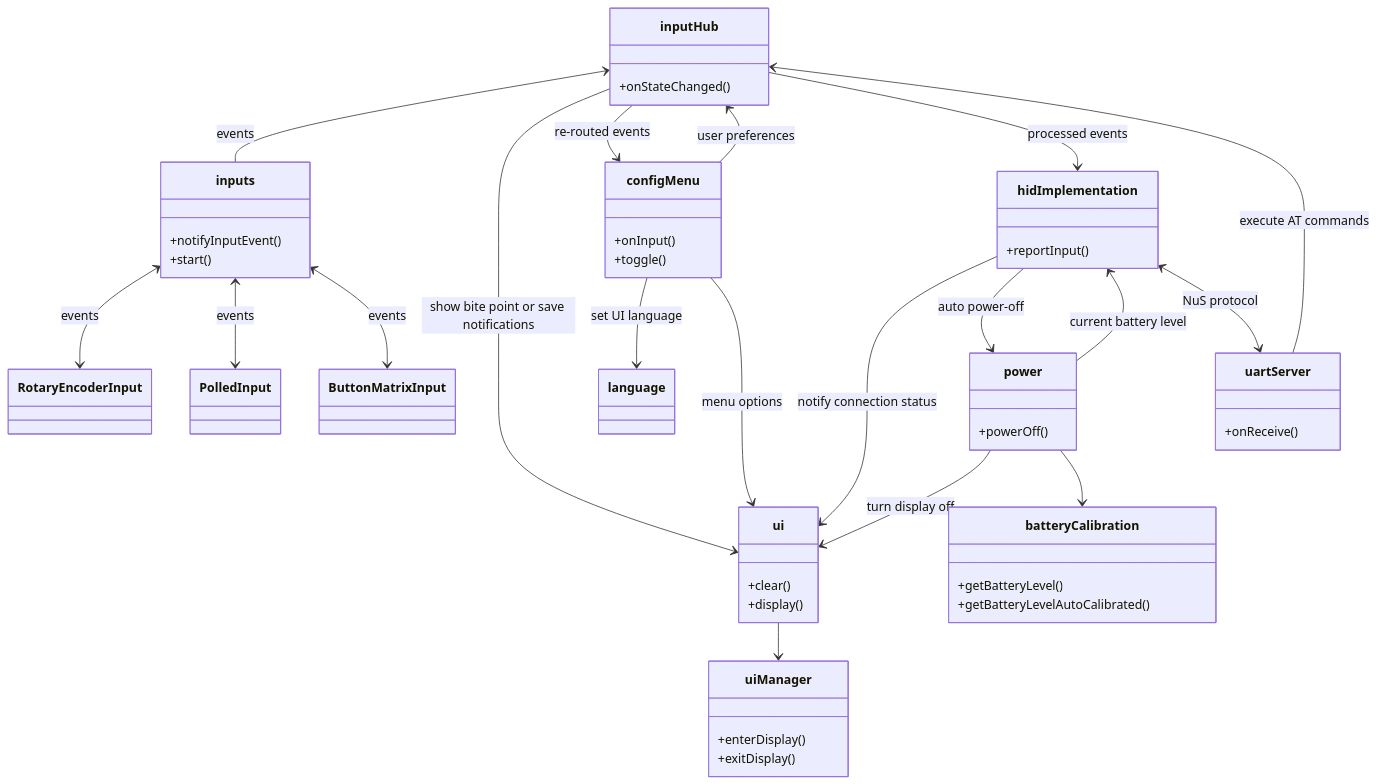
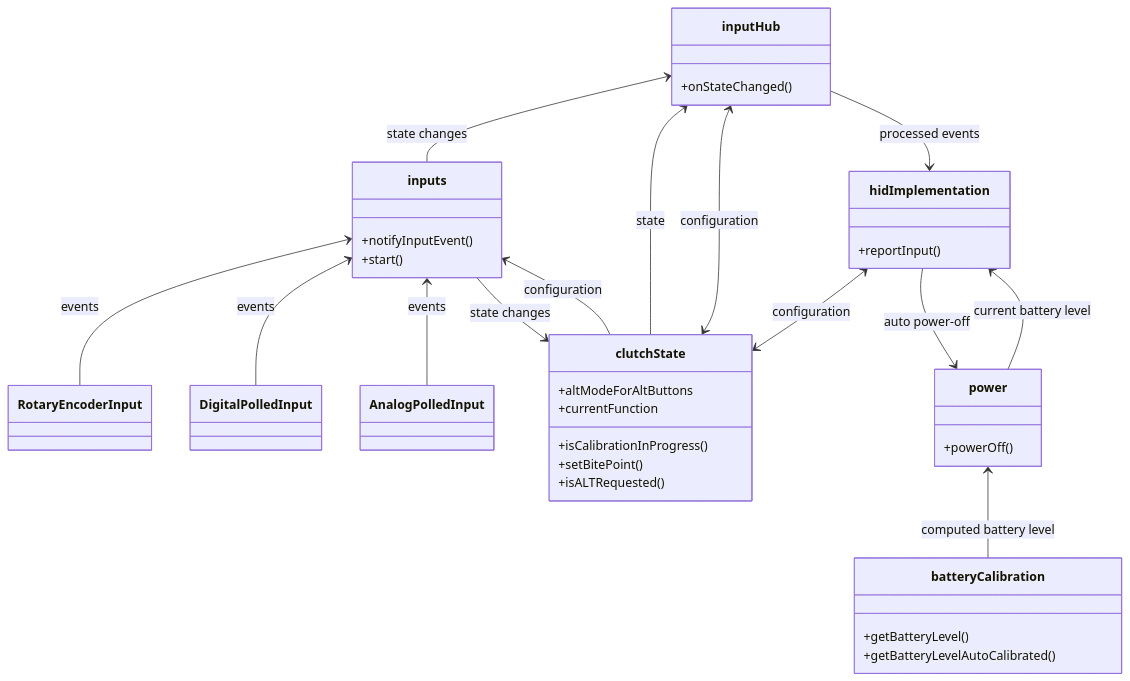
Before and after one commit to afpineda/OpenSourceSimWheelESP32: the first of 3 diagrams in doc/firmware/FirmwareArchitecture_en.md, drawn with Mermaid. The commit also changed other lines of this file and 15 other files, not shown here.

````diff
--- a/doc/firmware/FirmwareArchitecture_en.md
+++ b/doc/firmware/FirmwareArchitecture_en.md
@@ -40,56 +38,41 @@
 ```mermaid
 classDiagram
     class RotaryEncoderInput 
-    class PolledInput
     class inputs { 
       +notifyInputEvent()
       +start()
     }
     class inputHub {
       +onStateChanged()
     }
-    class language
-    class ui {
-      +clear()
-      +display()
-    }
-    class uiManager {
-      +enterDisplay()
-      +exitDisplay()
+    class clutchState {
+      +isCalibrationInProgress()
+      +setBitePoint()
+      +isALTRequested()
+      +altModeForAltButtons
+      +currentFunction
     }
     class hidImplementation {
       +reportInput()
-    }
-    class configMenu {
-      +onInput()
-      +toggle()
-    }
-    class uartServer {
-      +onReceive()
     }
     class power {
       +powerOff()
     }
     class batteryCalibration {
       +getBatteryLevel()
       +getBatteryLevelAutoCalibrated()
     }
-    inputHub <-- inputs: events
-    inputs <--> RotaryEncoderInput: events
-    inputs <--> PolledInput: events
-    inputs <--> ButtonMatrixInput: events
-    inputHub --> ui: show bite point or save notifications
-    inputHub --> configMenu: re-routed events
-    inputHub <-- configMenu: user preferences
+    inputHub <-- inputs: state changes
+    inputs <-- RotaryEncoderInput: events
+    inputs <-- DigitalPolledInput: events
+    inputs <-- AnalogPolledInput: events
+    inputs --> clutchState: state changes
+    inputs <-- clutchState: configuration
+    inputHub <-- clutchState: state
+    inputHub <--> clutchState: configuration
     inputHub --> hidImplementation: processed events
-    ui --> uiManager
-    configMenu --> language: set UI language
-    configMenu --> ui: menu options
-    hidImplementation --> ui: notify connection status 
+    hidImplementation <--> clutchState: configuration
     hidImplementation --> power: auto power-off 
     hidImplementation <-- power: current battery level
-    hidImplementation <--> uartServer: NuS protocol
-    uartServer --> inputHub: execute AT commands
-    power --> ui: turn display off
-    power --> batteryCalibration
+    power <-- batteryCalibration: computed battery level
 ```
````
